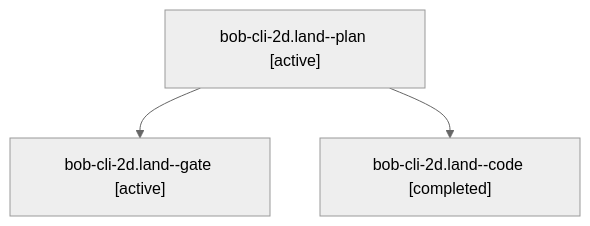
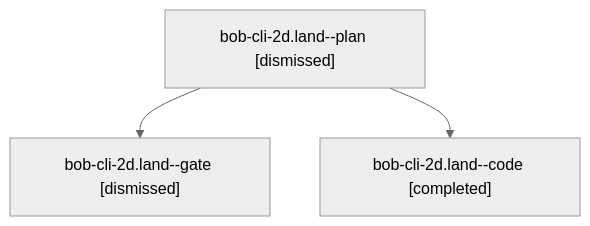
Before and after one commit to bobs-org/bob-cli--agents: the diagram in sessions/bbugyi200.apollo.bob-cli-2d.land.md, drawn with Mermaid (neutral theme). The commit also changed other lines of this file and 149 other files, not shown here.

````diff
--- a/sessions/bbugyi200.apollo.bob-cli-2d.land.md
+++ b/sessions/bbugyi200.apollo.bob-cli-2d.land.md
@@ -9,8 +9,8 @@
 ```mermaid
 flowchart TD
-  n0["bob-cli-2d.land--plan [active]"]
-  n1["bob-cli-2d.land--gate [active]"]
+  n0["bob-cli-2d.land--plan [dismissed]"]
+  n1["bob-cli-2d.land--gate [dismissed]"]
   n0 --> n1
   n2["bob-cli-2d.land--code [completed]"]
   n0 --> n2
 ```
````
